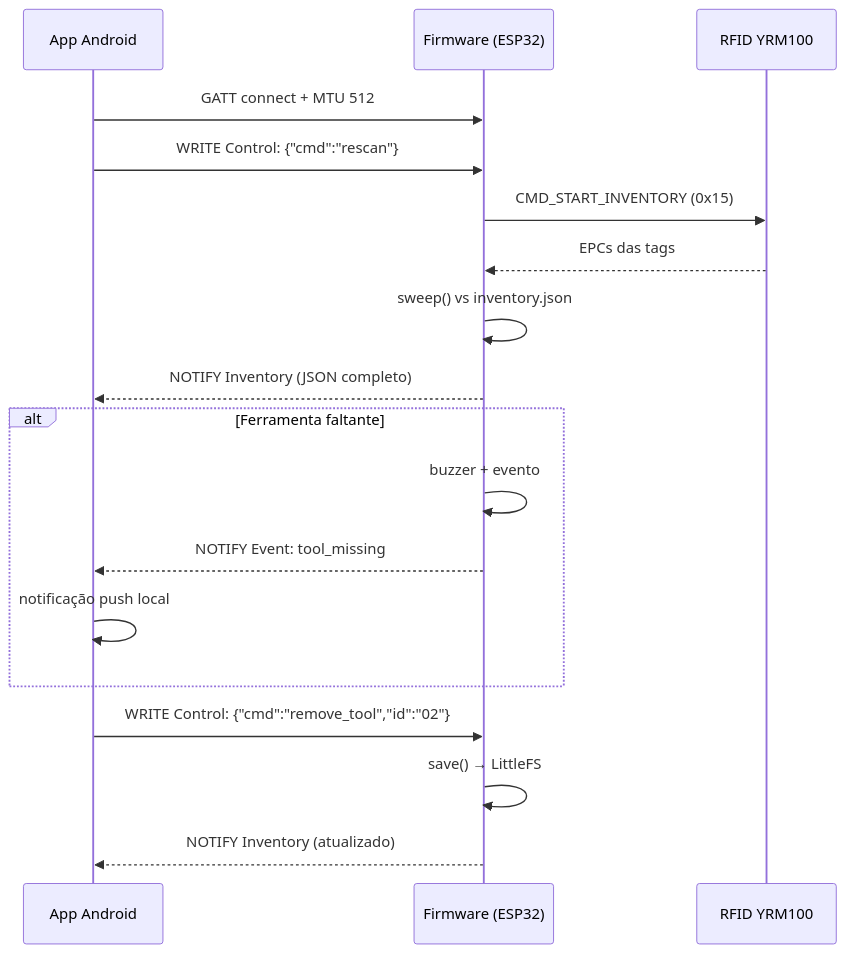
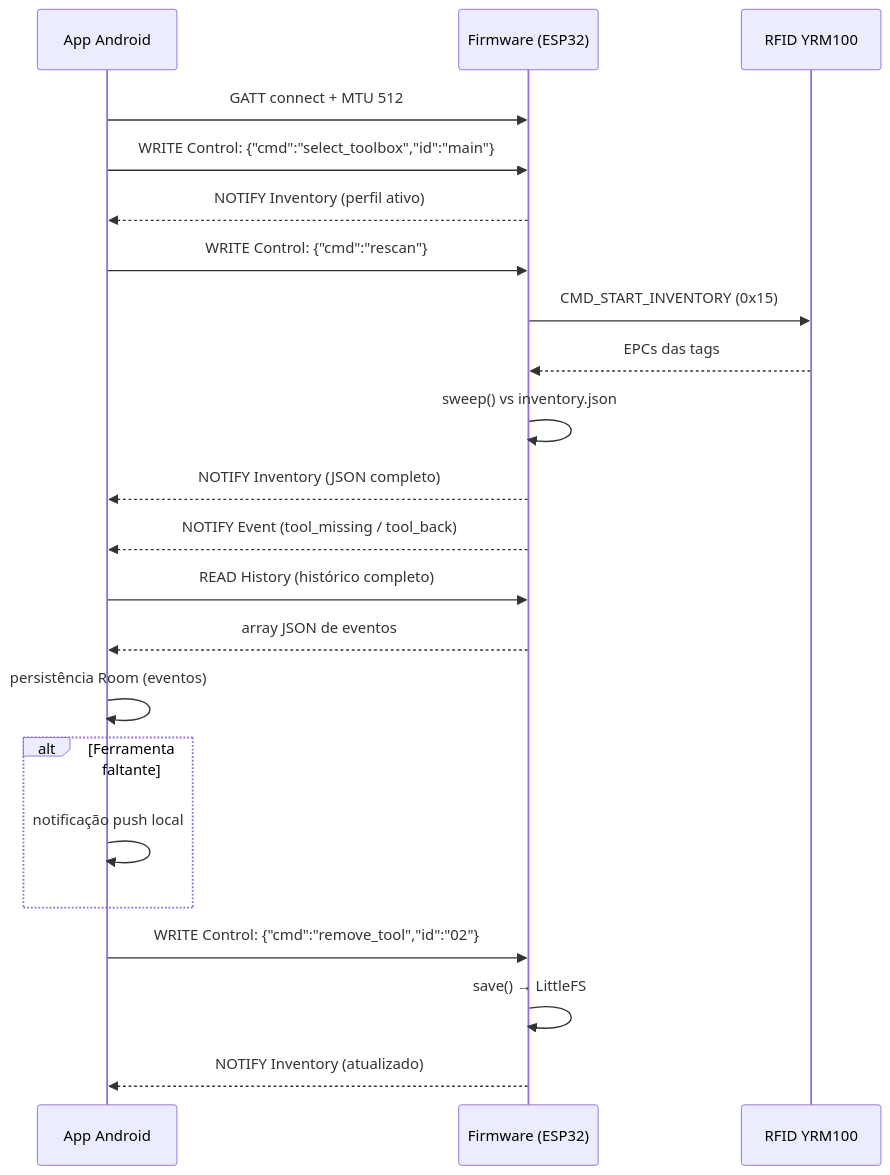
The diagram in docs/protocol/gatt.md (charlles-dev/trakr), drawn with Mermaid before and after one commit. The commit also changed other lines of this file and 22 other files, not shown here.

Commit message:
feat: histórico de eventos + múltiplas maletas/perfis de inventário + export CSV

````diff
--- a/docs/protocol/gatt.md
+++ b/docs/protocol/gatt.md
@@ -65,21 +82,25 @@
 ```mermaid
 sequenceDiagram
     participant A as App Android
     participant F as Firmware (ESP32)
     participant R as RFID YRM100
 
     A->>F: GATT connect + MTU 512
+    A->>F: WRITE Control: {"cmd":"select_toolbox","id":"main"}
+    F-->>A: NOTIFY Inventory (perfil ativo)
     A->>F: WRITE Control: {"cmd":"rescan"}
     F->>R: CMD_START_INVENTORY (0x15)
     R-->>F: EPCs das tags
     F->>F: sweep() vs inventory.json
     F-->>A: NOTIFY Inventory (JSON completo)
+    F-->>A: NOTIFY Event (tool_missing / tool_back)
+    A->>F: READ History (histórico completo)
+    F-->>A: array JSON de eventos
+    A->>A: persistência Room (eventos)
     alt Ferramenta faltante
-        F->>F: buzzer + evento
-        F-->>A: NOTIFY Event: tool_missing
         A->>A: notificação push local
     end
     A->>F: WRITE Control: {"cmd":"remove_tool","id":"02"}
     F->>F: save() → LittleFS
     F-->>A: NOTIFY Inventory (atualizado)
 ```
````
